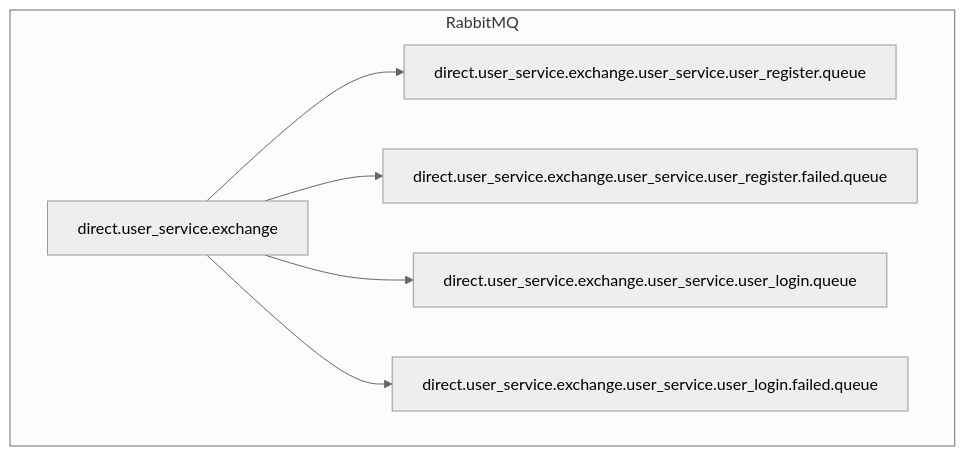
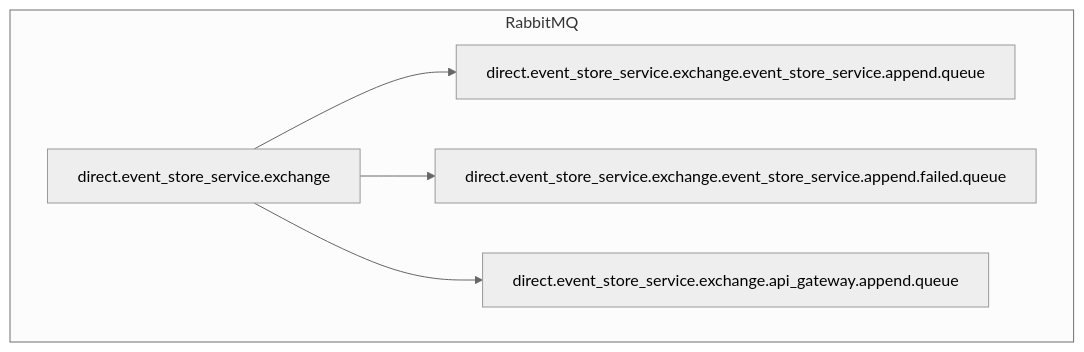
The third of 3 diagrams in entrypoint/rabbitmq/readme.md (Ferza17/ecommerce-microservices-v2), drawn with Mermaid (neutral theme) before and after one commit. The commit also changed other lines of this file and 16 other files, not shown here.

````diff
--- a/entrypoint/rabbitmq/readme.md
+++ b/entrypoint/rabbitmq/readme.md
@@ -79,15 +59,12 @@
 ```mermaid
 flowchart TD
     subgraph RabbitMQ
-        US[direct.user_service.exchange]
-        USQ1[direct.user_service.exchange.user_service.user_register.queue]
-        USQ2[direct.user_service.exchange.user_service.user_register.failed.queue]
-        USQ3[direct.user_service.exchange.user_service.user_login.queue]
-        USQ4[direct.user_service.exchange.user_service.user_login.failed.queue]
+        ES[direct.event_store_service.exchange]
+        ESQ1[direct.event_store_service.exchange.event_store_service.append.queue]
+        ESQ2[direct.event_store_service.exchange.event_store_service.append.failed.queue]
+        ESQ3[direct.event_store_service.exchange.api_gateway.append.queue]
     end
-    %% Connections
-    US --> USQ1
-    US --> USQ2
-    US --> USQ3
-    US --> USQ4
+    ES --> ESQ1
+    ES --> ESQ2
+    ES --> ESQ3
 ```
````
